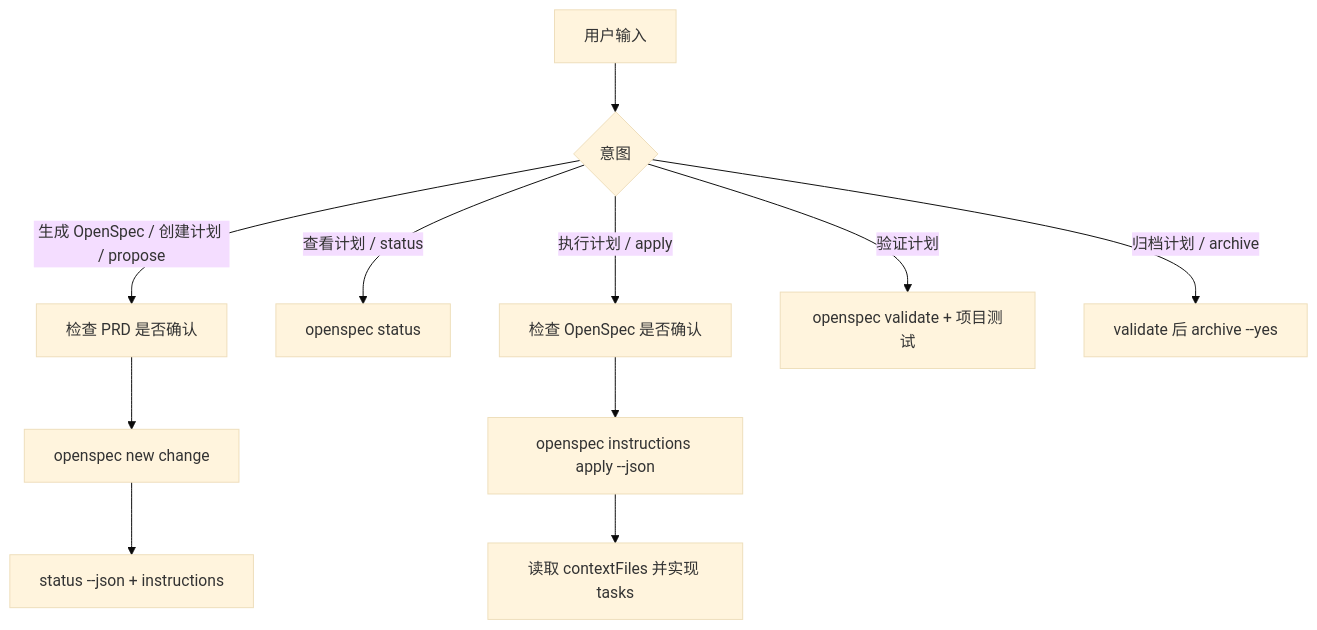
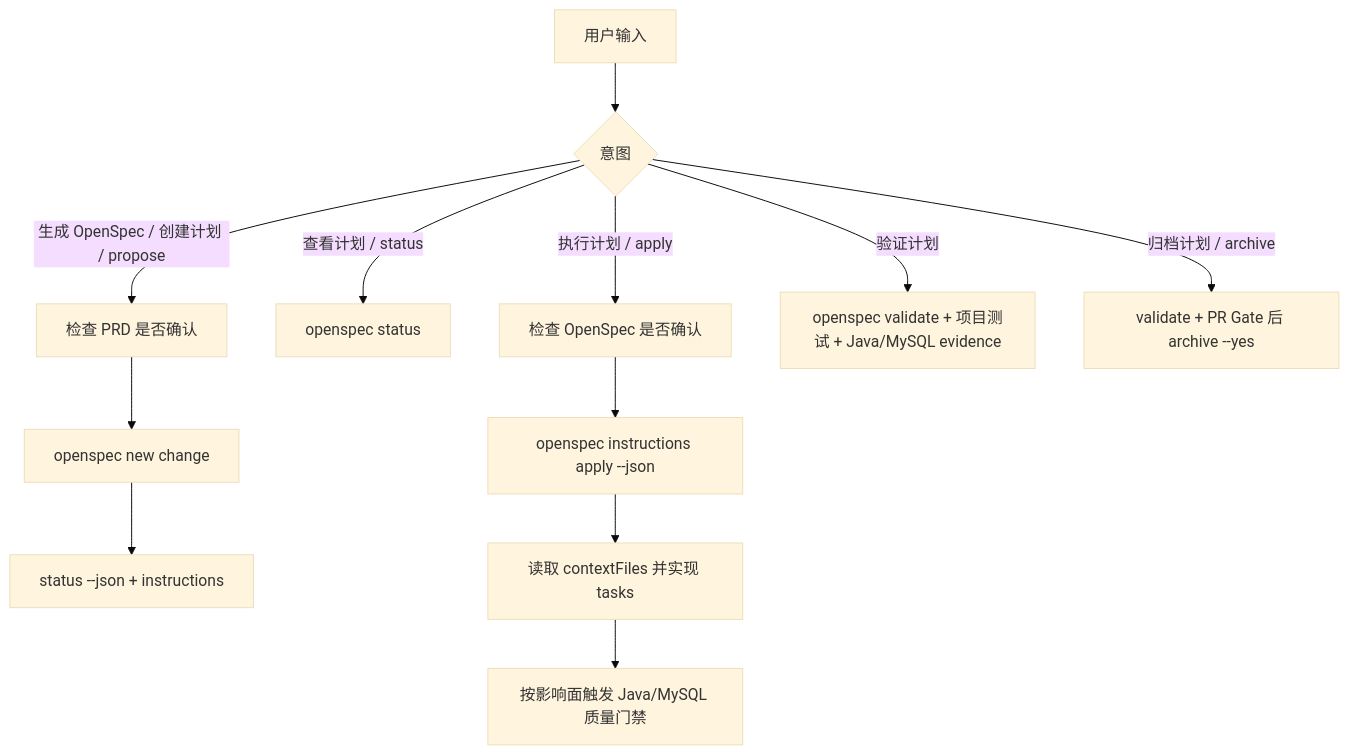
Before and after one commit to WealthyMan95/hades-openspec-java-workflow: the fourth of 6 diagrams in 流程图.md, drawn with Mermaid (base theme). The commit also changed other lines of this file and 50 other files, not shown here.

Commit message:
feat: absorb Java MySQL delivery guardrails

````diff
--- a/流程图.md
+++ b/流程图.md
@@ -50,13 +78,14 @@
 ```mermaid
 flowchart TD
   A["用户输入"] --> B{"意图"}
   B -- "生成 OpenSpec / 创建计划 / propose" --> C["检查 PRD 是否确认"]
   C --> D["openspec new change"]
   D --> E["status --json + instructions"]
   B -- "查看计划 / status" --> F["openspec status"]
   B -- "执行计划 / apply" --> G["检查 OpenSpec 是否确认"]
   G --> H["openspec instructions apply --json"]
   H --> I["读取 contextFiles 并实现 tasks"]
-  B -- "验证计划" --> J["openspec validate + 项目测试"]
-  B -- "归档计划 / archive" --> K["validate 后 archive --yes"]
+  I --> I1["按影响面触发 Java/MySQL 质量门禁"]
+  B -- "验证计划" --> J["openspec validate + 项目测试 + Java/MySQL evidence"]
+  B -- "归档计划 / archive" --> K["validate + PR Gate 后 archive --yes"]
 ```
````
